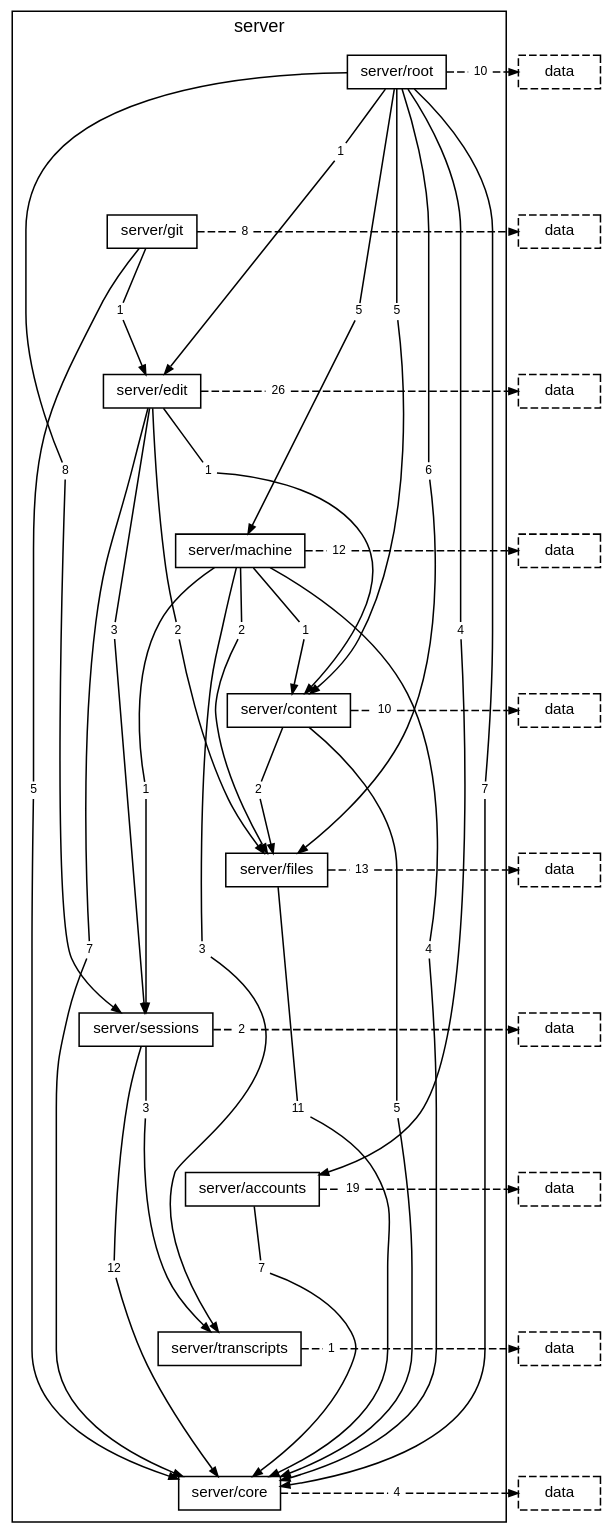
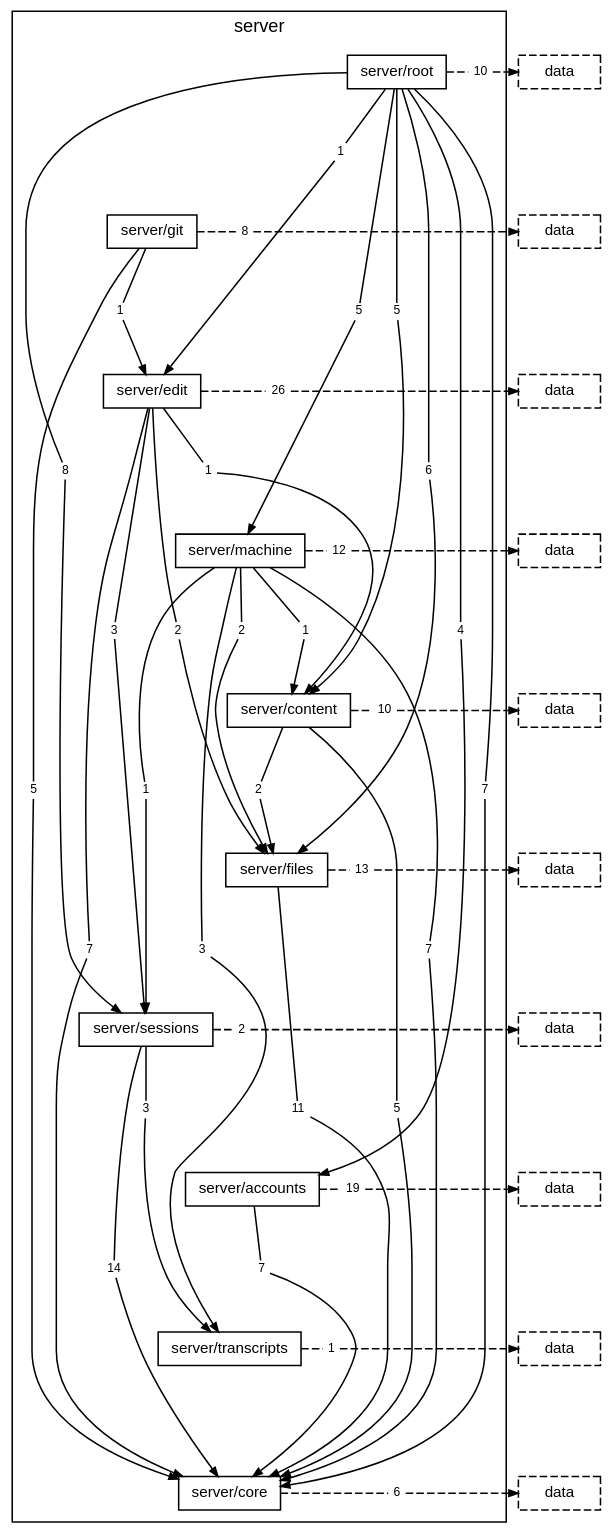
The diagram in docs/diagrams/layer-server.dot (TheAxeC/oculus), drawn with Graphviz before and after one commit. The commit also changed 156 other files, not shown here.

```diff
--- a/docs/diagrams/layer-server.dot
+++ b/docs/diagrams/layer-server.dot
@@ -31,7 +31,7 @@
         "folder server/edit to folder server/sessions" [label="3", shape=box, color="transparent", fontsize=8, width=0, height=0, margin="0.04,0.02"];
         "folder server/edit to layer data" [label="26", shape=box, color="transparent", fontsize=8, width=0, height=0, margin="0.04,0.02"];
         "folder server/machine to folder server/content" [label="1", shape=box, color="transparent", fontsize=8, width=0, height=0, margin="0.04,0.02"];
-        "folder server/machine to folder server/core" [label="4", shape=box, color="transparent", fontsize=8, width=0, height=0, margin="0.04,0.02"];
+        "folder server/machine to folder server/core" [label="7", shape=box, color="transparent", fontsize=8, width=0, height=0, margin="0.04,0.02"];
         "folder server/machine to folder server/files" [label="2", shape=box, color="transparent", fontsize=8, width=0, height=0, margin="0.04,0.02"];
         "folder server/machine to folder server/sessions" [label="1", shape=box, color="transparent", fontsize=8, width=0, height=0, margin="0.04,0.02"];
         "folder server/machine to folder server/transcripts" [label="3", shape=box, color="transparent", fontsize=8, width=0, height=0, margin="0.04,0.02"];
@@ -41,13 +41,13 @@
         "folder server/content to layer data" [label="10", shape=box, color="transparent", fontsize=8, width=0, height=0, margin="0.04,0.02"];
         "folder server/files to folder server/core" [label="11", shape=box, color="transparent", fontsize=8, width=0, height=0, margin="0.04,0.02"];
         "folder server/files to layer data" [label="13", shape=box, color="transparent", fontsize=8, width=0, height=0, margin="0.04,0.02"];
-        "folder server/sessions to folder server/core" [label="12", shape=box, color="transparent", fontsize=8, width=0, height=0, margin="0.04,0.02"];
+        "folder server/sessions to folder server/core" [label="14", shape=box, color="transparent", fontsize=8, width=0, height=0, margin="0.04,0.02"];
         "folder server/sessions to folder server/transcripts" [label="3", shape=box, color="transparent", fontsize=8, width=0, height=0, margin="0.04,0.02"];
         "folder server/sessions to layer data" [label="2", shape=box, color="transparent", fontsize=8, width=0, height=0, margin="0.04,0.02"];
         "folder server/accounts to folder server/core" [label="7", shape=box, color="transparent", fontsize=8, width=0, height=0, margin="0.04,0.02"];
         "folder server/accounts to layer data" [label="19", shape=box, color="transparent", fontsize=8, width=0, height=0, margin="0.04,0.02"];
         "folder server/transcripts to layer data" [label="1", shape=box, color="transparent", fontsize=8, width=0, height=0, margin="0.04,0.02"];
-        "folder server/core to layer data" [label="4", shape=box, color="transparent", fontsize=8, width=0, height=0, margin="0.04,0.02"];
+        "folder server/core to layer data" [label="6", shape=box, color="transparent", fontsize=8, width=0, height=0, margin="0.04,0.02"];
     }
     "layer data from folder server/root" [label="data", style=dashed];
     "layer data from folder server/git" [label="data", style=dashed];
```
